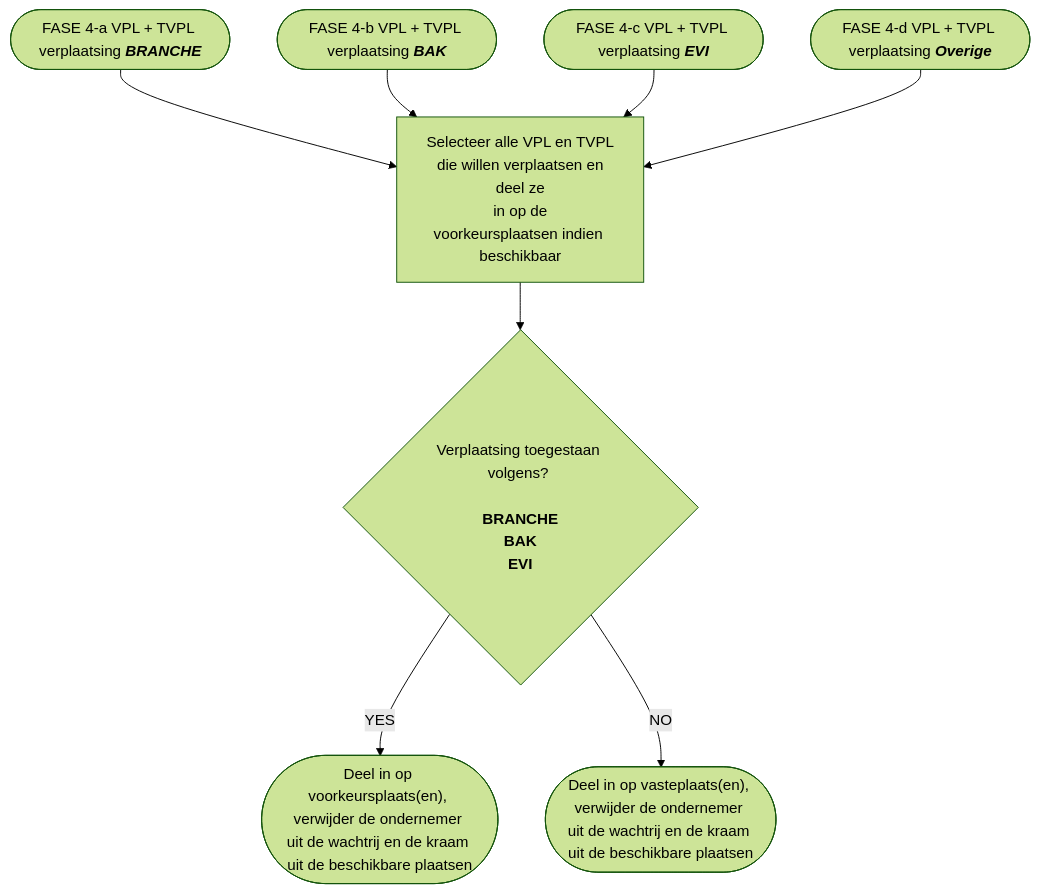
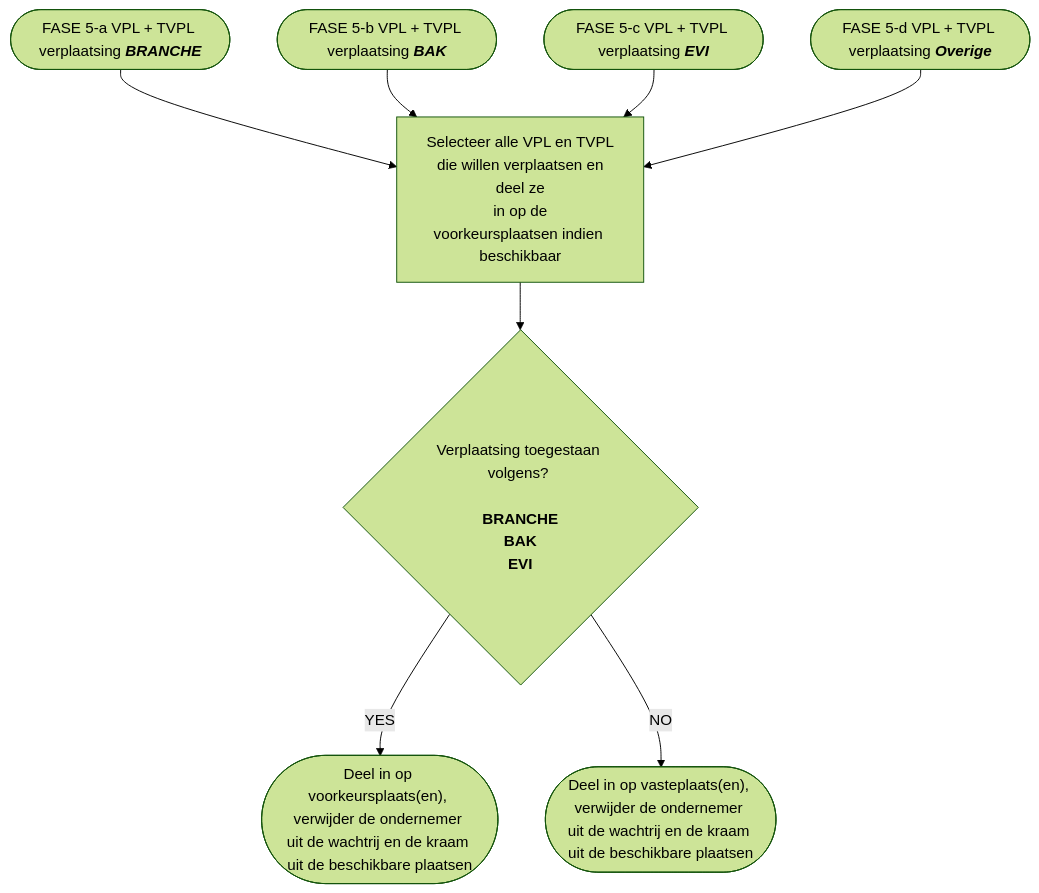
One commit to Amsterdam/makkelijkemarkt-allocation changed the diagram in diagrams/src/fase_5.mmd. Above: the diagram before and after it, drawn with Mermaid (forest theme). The commit also changed 13 other files, not shown here.

Commit message:
small fixes diagrams

```diff
--- a/diagrams/src/fase_5.mmd
+++ b/diagrams/src/fase_5.mmd
@@ -1,12 +1,12 @@
 graph TD
-    A([FASE 4-a VPL + TVPL verplaatsing <b><i>BRANCHE</i></b>]) -->
+    A([FASE 5-a VPL + TVPL verplaatsing <b><i>BRANCHE</i></b>]) -->
     B[Selecteer alle VPL en TVPL<br> die willen verplaatsen en deel ze<br> in op de voorkeursplaatsen indien beschikbaar] -->
     C{"Verplaatsing toegestaan volgens? <b><br><br>BRANCHE<br>BAK<br>EVI</b>"}
     C --YES--> D(["Deel in op voorkeursplaats(en), <br>verwijder de ondernemer uit de wachtrij en de kraam uit de beschikbare plaatsen"])
     C --NO--> E(["Deel in op vasteplaats(en), <br>verwijder de ondernemer uit de wachtrij en de kraam uit de beschikbare plaatsen"])
 
-    A1([FASE 4-b VPL + TVPL verplaatsing <b><i>BAK</i></b>]) --> B
+    A1([FASE 5-b VPL + TVPL verplaatsing <b><i>BAK</i></b>]) --> B
     
-    A2([FASE 4-c VPL + TVPL verplaatsing <b><i>EVI</i></b>]) --> B
+    A2([FASE 5-c VPL + TVPL verplaatsing <b><i>EVI</i></b>]) --> B
     
-    A3([FASE 4-d VPL + TVPL verplaatsing <b><i>Overige</i></b>]) --> B
+    A3([FASE 5-d VPL + TVPL verplaatsing <b><i>Overige</i></b>]) --> B
```
